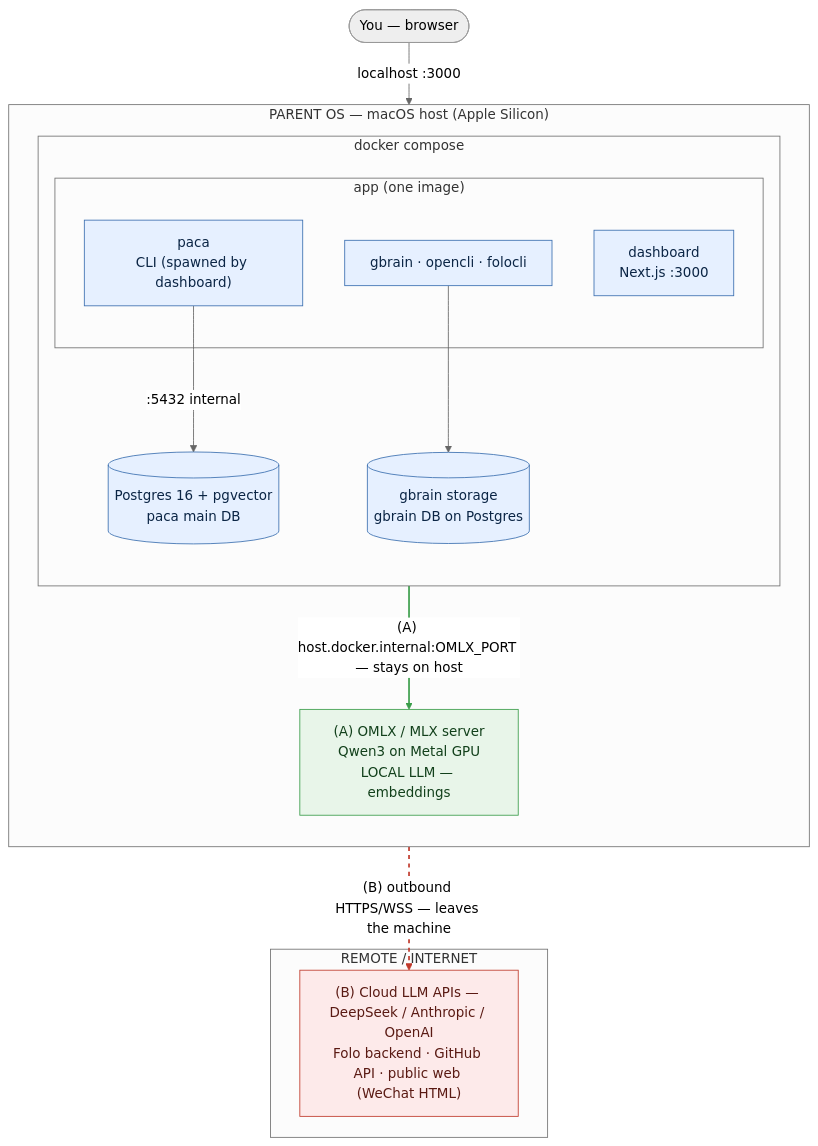
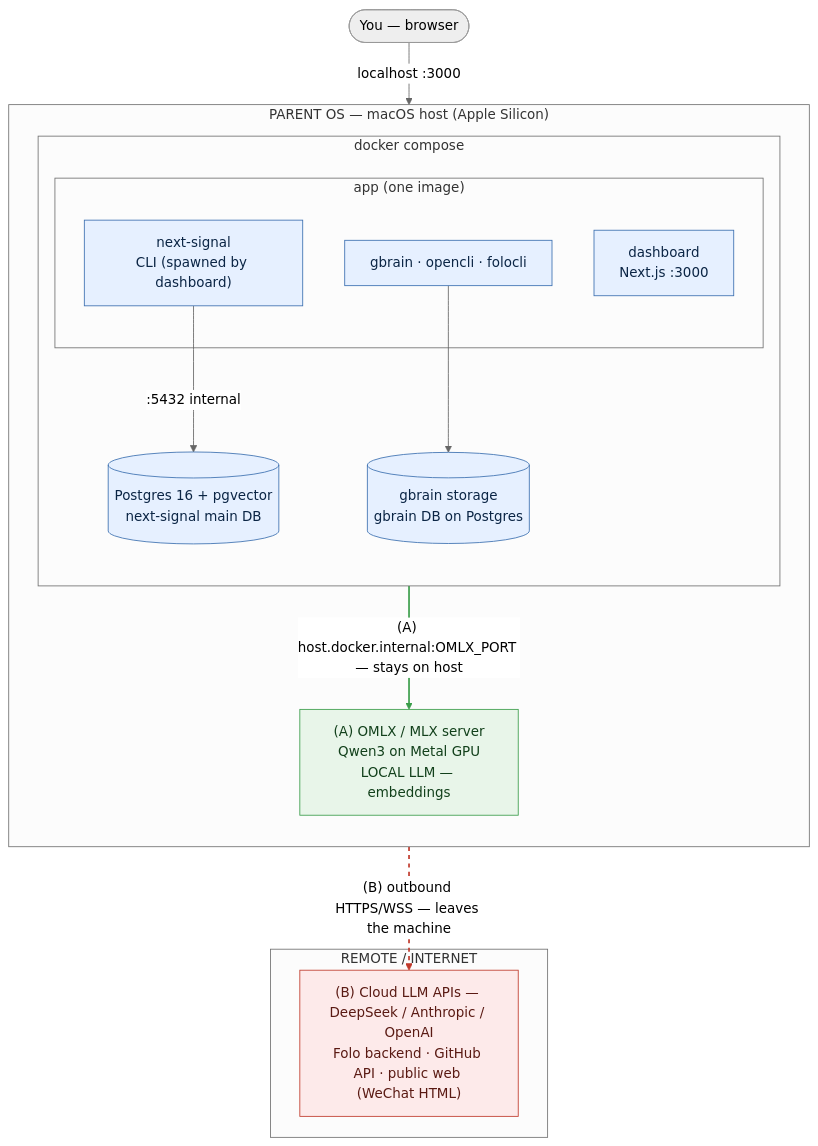
Before and after one commit to OpenCraft-AI-Lab/next-signal: the diagram in docs/containerized-deployment.md, drawn with Mermaid (neutral theme). The commit also changed other lines of this file and 282 other files, not shown here.

````diff
--- a/docs/containerized-deployment.md
+++ b/docs/containerized-deployment.md
@@ -47,38 +47,38 @@
 ```mermaid
 flowchart TB
     user(["You — browser"])
 
     subgraph host["PARENT OS — macOS host (Apple Silicon)"]
         direction TB
         subgraph compose["docker compose"]
             direction TB
             subgraph appc["app (one image)"]
-                paca["paca<br/>CLI (spawned by dashboard)"]
+                next-signal["next-signal<br/>CLI (spawned by dashboard)"]
                 dash["dashboard<br/>Next.js :3000"]
                 tools["gbrain · opencli · folocli"]
             end
-            pg[("Postgres 16 + pgvector<br/>paca main DB")]
+            pg[("Postgres 16 + pgvector<br/>next-signal main DB")]
             gstore[("gbrain storage<br/>gbrain DB on Postgres")]
         end
         omlx["(A) OMLX / MLX server<br/>Qwen3 on Metal GPU<br/>LOCAL LLM — embeddings"]
     end
 
     subgraph remote["REMOTE / INTERNET"]
         cloud["(B) Cloud LLM APIs — DeepSeek / Anthropic / OpenAI<br/>Folo backend · GitHub API · public web (WeChat HTML)"]
     end
 
     user -->|"localhost :3000"| dash
-    paca -->|":5432 internal"| pg
+    next-signal -->|":5432 internal"| pg
     tools --> gstore
     appc -->|"(A) host.docker.internal:OMLX_PORT — stays on host"| omlx
     appc ==>|"(B) outbound HTTPS/WSS — leaves the machine"| cloud
 
     classDef container fill:#e6f0ff,stroke:#3b6fb0,color:#0b2545;
     classDef local fill:#e8f5e9,stroke:#3a9d4a,color:#12401b;
     classDef ext fill:#fdeaea,stroke:#c0392b,color:#5a1a13;
-    class paca,dash,tools,pg,gstore container;
+    class next-signal,dash,tools,pg,gstore container;
     class omlx local;
     class cloud ext;
     linkStyle 3 stroke:#3a9d4a,stroke-width:2px;
     linkStyle 4 stroke:#c0392b,stroke-width:2px,stroke-dasharray:5 5;
 ```
````
